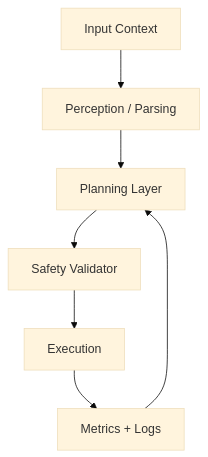
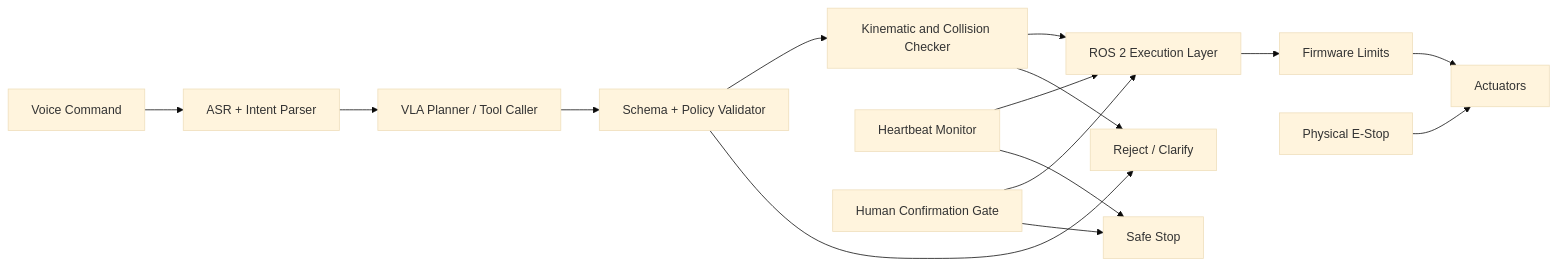
Before and after one commit to MariumAfzal2703/physical-ai-humanoid-robotics-textbook: the diagram in docs/module-4-vla/action-safety-runtime-verification.mdx, drawn with Mermaid (base theme). The commit also changed other lines of this file and 31 other files, not shown here.

````diff
--- a/docs/module-4-vla/action-safety-runtime-verification.mdx
+++ b/docs/module-4-vla/action-safety-runtime-verification.mdx
@@ -125,9 +119,19 @@
 ```mermaid
-flowchart TD
-  A[Input Context] --> B[Perception / Parsing]
-  B --> C[Planning Layer]
-  C --> D[Safety Validator]
-  D --> E[Execution]
-  E --> F[Metrics + Logs]
-  F --> C
+flowchart LR
+  A[Voice Command] --> B[ASR + Intent Parser]
+  B --> C[VLA Planner / Tool Caller]
+  C --> D[Schema + Policy Validator]
+  D --> E[Kinematic and Collision Checker]
+  E --> F[ROS 2 Execution Layer]
+  F --> G[Firmware Limits]
+  G --> H[Actuators]
+
+  I[Heartbeat Monitor] --> F
+  J[Human Confirmation Gate] --> F
+  K[Physical E-Stop] --> H
+
+  D --> L[Reject / Clarify]
+  E --> L
+  I --> M[Safe Stop]
+  J --> M
 ```
````
